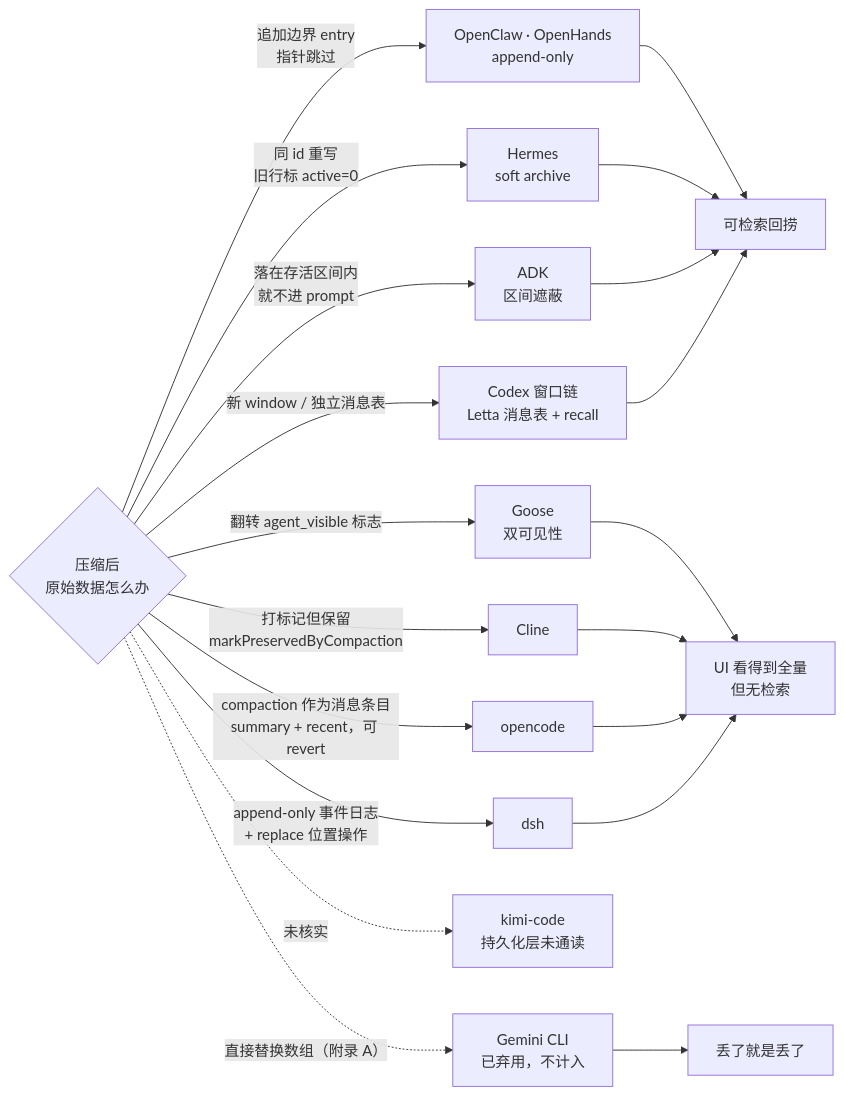
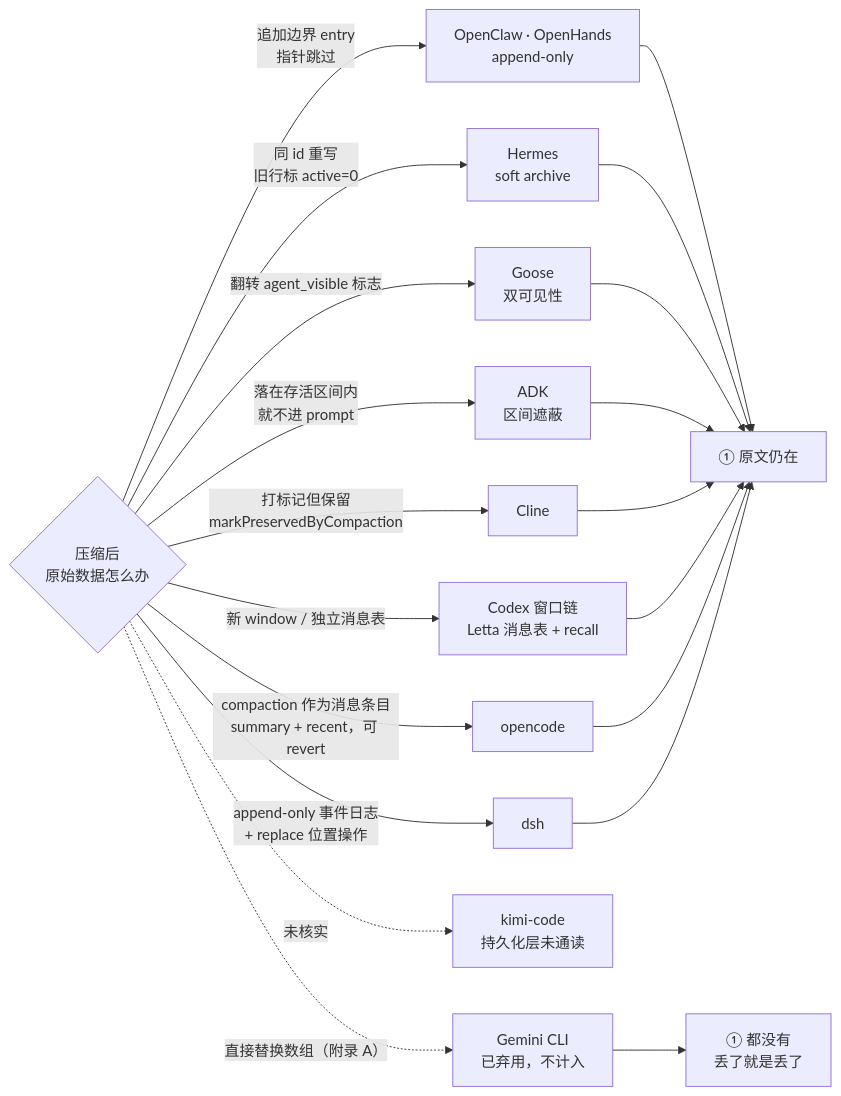
One commit to caiboyang/ML-learning changed diagram 18 of 19 in agent-context-compression/Agent_Context_Compression_Research.md. Above: the diagram before and after it, drawn with Mermaid. The commit also changed other lines of this file and 1 other file, not shown here.

````diff
--- a/agent-context-compression/Agent_Context_Compression_Research.md
+++ b/agent-context-compression/Agent_Context_Compression_Research.md
@@ -3157,23 +3181,23 @@
 ```mermaid
 flowchart LR
     Q{"压缩后<br/>原始数据怎么办"}
     Q -->|"追加边界 entry<br/>指针跳过"| A["OpenClaw · OpenHands<br/>append-only"]
     Q -->|"append-only 事件日志<br/>+ replace 位置操作"| I["dsh"]
     Q -->|"同 id 重写<br/>旧行标 active=0"| B["Hermes<br/>soft archive"]
     Q -->|"翻转 agent_visible 标志"| C["Goose<br/>双可见性"]
     Q -->|"落在存活区间内<br/>就不进 prompt"| D["ADK<br/>区间遮蔽"]
     Q -->|"打标记但保留<br/>markPreservedByCompaction"| F["Cline"]
     Q -->|"新 window / 独立消息表"| G["Codex 窗口链<br/>Letta 消息表 + recall"]
     Q -->|"compaction 作为消息条目<br/>summary + recent，可 revert"| H["opencode"]
     Q -.->|"未核实"| K["kimi-code<br/>持久化层未通读"]
     Q -.->|"直接替换数组（附录 A）"| E["Gemini CLI<br/>已弃用，不计入"]
-    A --> R["可检索回捞"]
+    A --> R["① 原文仍在"]
     B --> R
+    C --> R
     D --> R
+    F --> R
     G --> R
-    C --> U["UI 看得到全量<br/>但无检索"]
-    F --> U
-    H --> U
-    I --> U
-    E --> N["丢了就是丢了"]
+    H --> R
+    I --> R
+    E --> N["① 都没有<br/>丢了就是丢了"]
 ```
````
